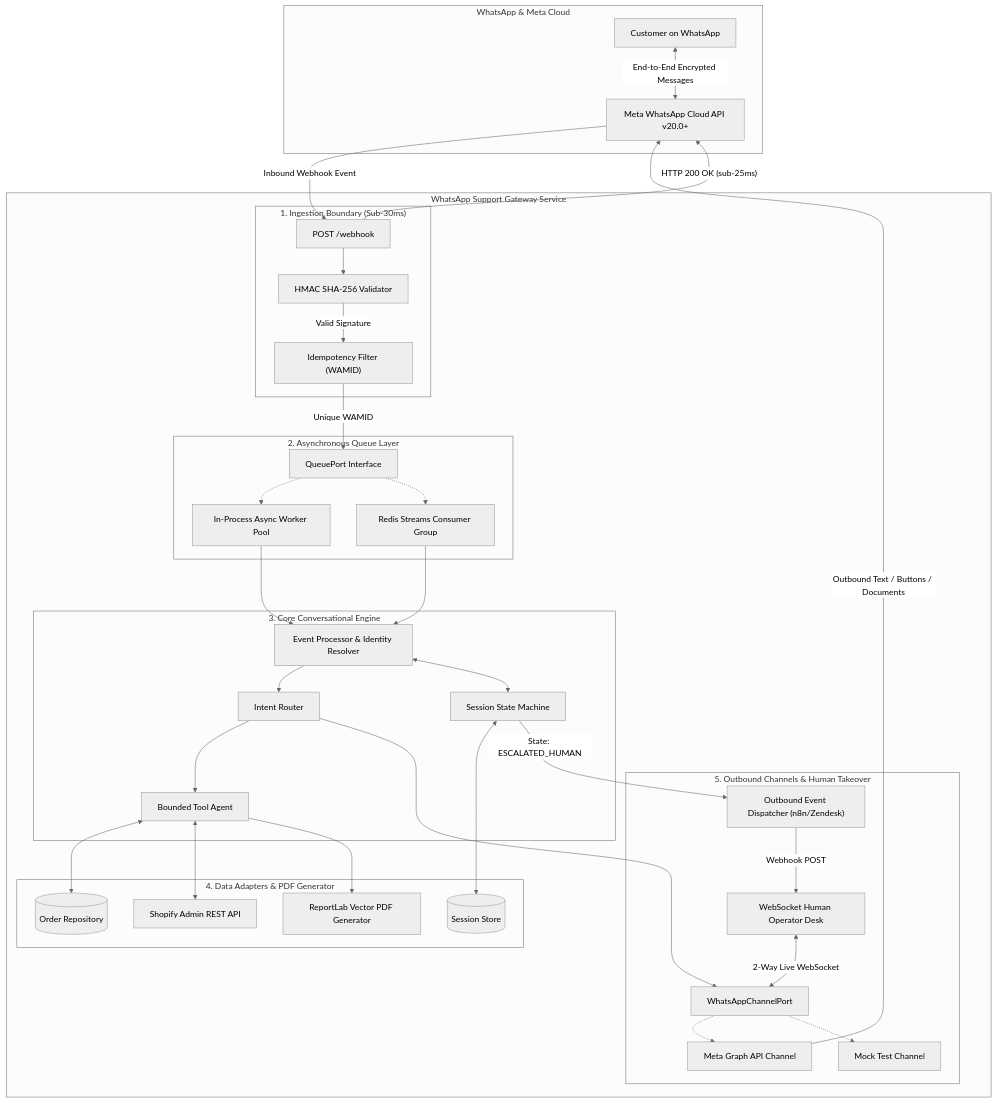
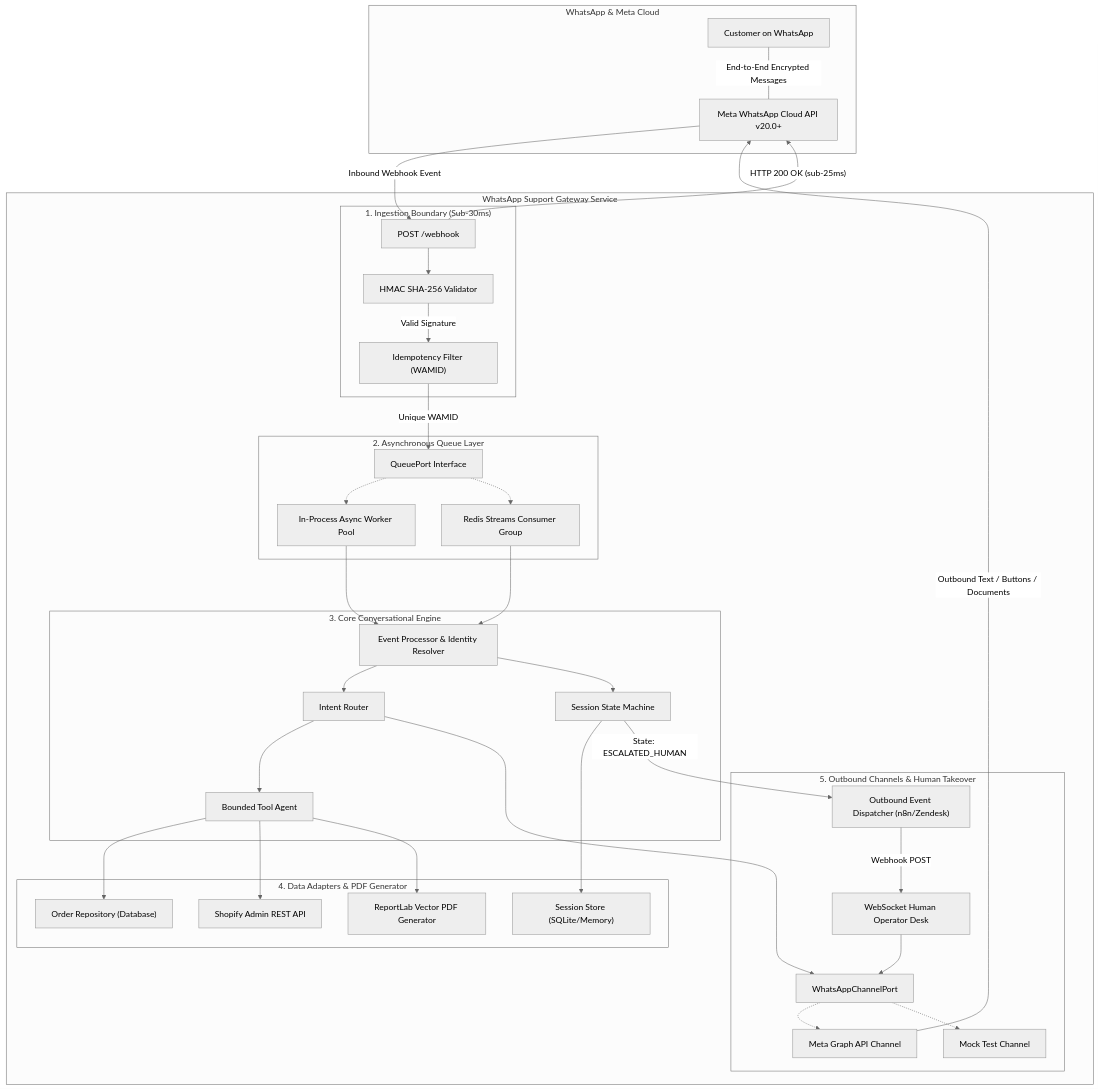
One commit to TayebKahia/whatsapp-support-gateway changed the diagram in README.md. Above: the diagram before and after it, drawn with Mermaid (neutral theme).

Commit message:
docs: simplify Mermaid diagram syntax to universal standard

````diff
--- a/README.md
+++ b/README.md
@@ -35,73 +35,73 @@
 ```mermaid
 flowchart TD
     subgraph ClientLayer ["WhatsApp & Meta Cloud"]
         WA["Customer on WhatsApp"]
         MetaAPI["Meta WhatsApp Cloud API v20.0+"]
-        WA <-->|"End-to-End Encrypted Messages"| MetaAPI
+        WA ---|"End-to-End Encrypted Messages"| MetaAPI
     end
 
     subgraph GatewayCore ["WhatsApp Support Gateway Service"]
         subgraph IngestionBoundary ["1. Ingestion Boundary (Sub-30ms)"]
             WH["POST /webhook"]
             HMAC["HMAC SHA-256 Validator"]
             Idem["Idempotency Filter (WAMID)"]
         end
 
         subgraph QueueLayer ["2. Asynchronous Queue Layer"]
             QueuePort["QueuePort Interface"]
             InProcQueue["In-Process Async Worker Pool"]
             RedisQueue["Redis Streams Consumer Group"]
         end
 
         subgraph CoreEngine ["3. Core Conversational Engine"]
             Processor["Event Processor & Identity Resolver"]
             Router["Intent Router"]
             SM["Session State Machine"]
             ToolAgent["Bounded Tool Agent"]
         end
 
         subgraph Repositories ["4. Data Adapters & PDF Generator"]
-            OrderRepo[("Order Repository")]
+            OrderRepo["Order Repository (Database)"]
             ShopifyAdapter["Shopify Admin REST API"]
-            SessionStore[("Session Store")]
+            SessionStore["Session Store (SQLite/Memory)"]
             PDFGen["ReportLab Vector PDF Generator"]
         end
 
         subgraph OutboundBoundary ["5. Outbound Channels & Human Takeover"]
             ChannelPort["WhatsAppChannelPort"]
             MetaChannel["Meta Graph API Channel"]
             MockChannel["Mock Test Channel"]
             WSOperator["WebSocket Human Operator Desk"]
             EventWebhook["Outbound Event Dispatcher (n8n/Zendesk)"]
         end
     end
 
     MetaAPI -->|"Inbound Webhook Event"| WH
     WH --> HMAC
     HMAC -->|"Valid Signature"| Idem
     Idem -->|"Unique WAMID"| QueuePort
     QueuePort -.-> InProcQueue
     QueuePort -.-> RedisQueue
     WH -->|"HTTP 200 OK (sub-25ms)"| MetaAPI
 
     InProcQueue --> Processor
     RedisQueue --> Processor
 
     Processor --> Router
-    Processor <--> SM
-    SM <--> SessionStore
+    Processor --> SM
+    SM --> SessionStore
 
     Router --> ToolAgent
-    ToolAgent <--> OrderRepo
-    ToolAgent <--> ShopifyAdapter
+    ToolAgent --> OrderRepo
+    ToolAgent --> ShopifyAdapter
     ToolAgent --> PDFGen
 
     Router --> ChannelPort
     ChannelPort -.-> MetaChannel
     ChannelPort -.-> MockChannel
     MetaChannel -->|"Outbound Text / Buttons / Documents"| MetaAPI
 
     SM -->|"State: ESCALATED_HUMAN"| EventWebhook
     EventWebhook -->|"Webhook POST"| WSOperator
-    WSOperator <-->|"2-Way Live WebSocket"| ChannelPort
+    WSOperator --> ChannelPort
 ```
````
